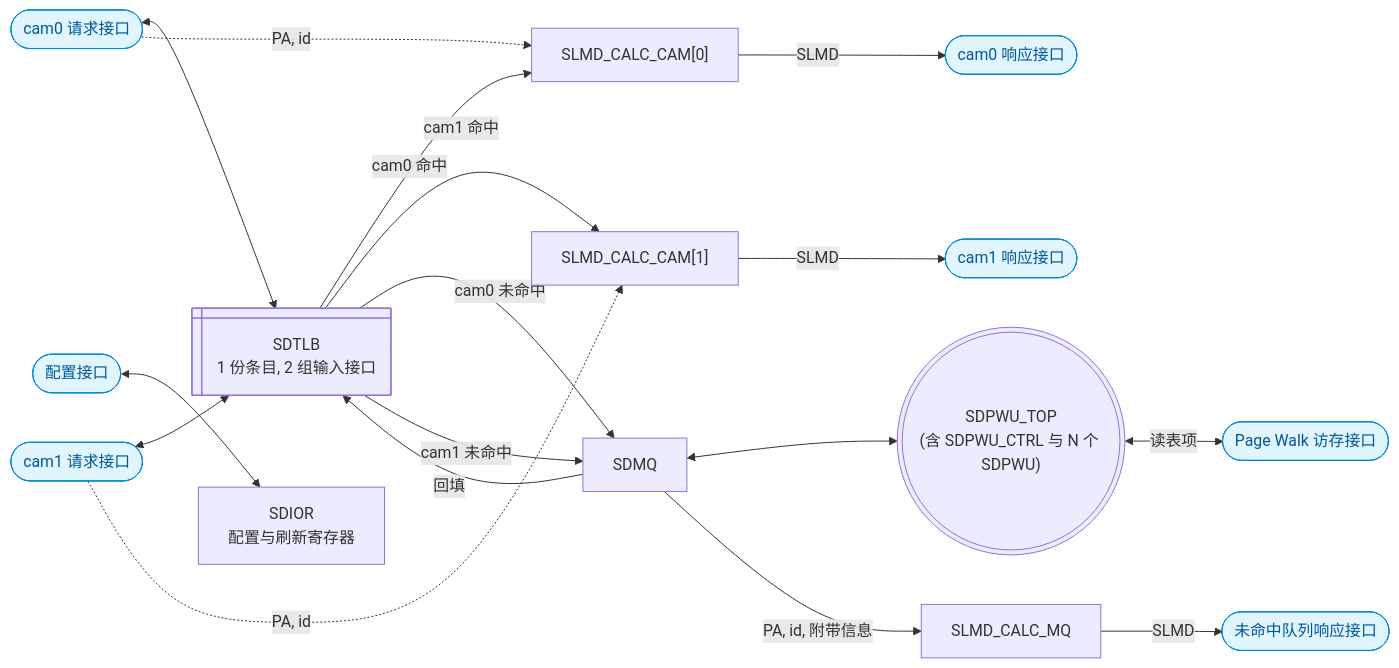
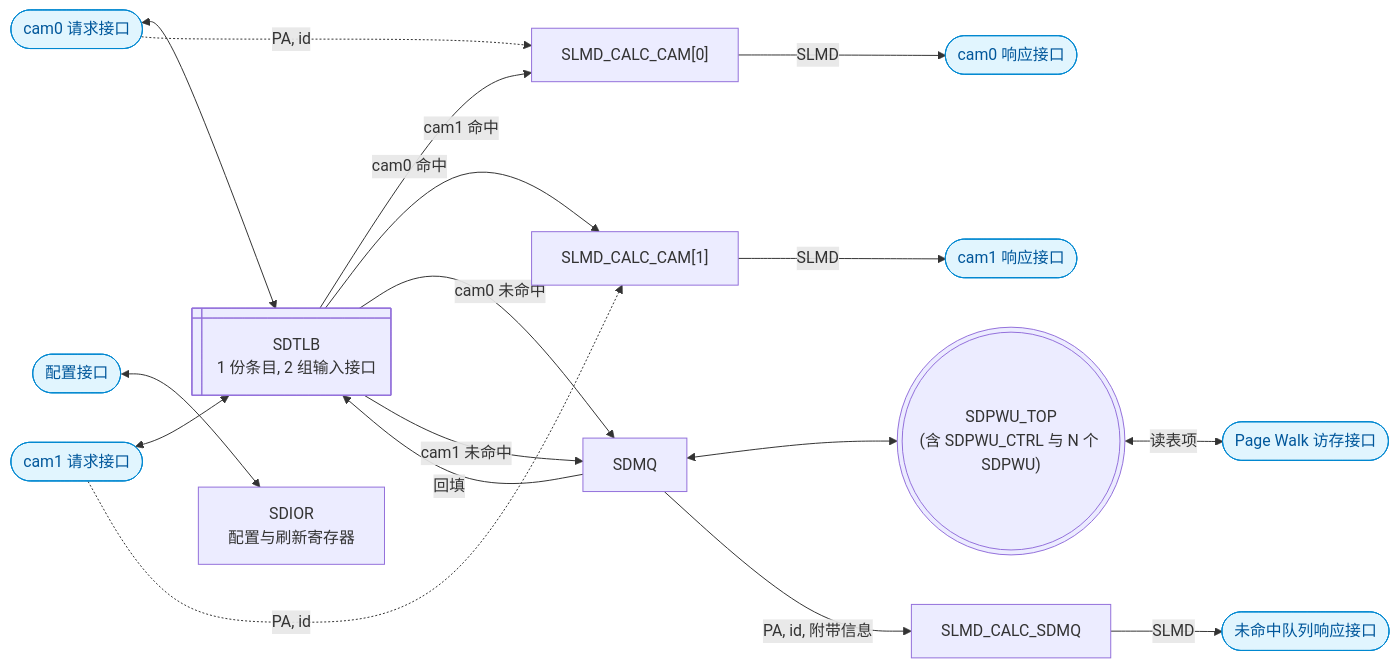
Before and after one commit to DuBirdFly/C1_SDecoder: the second of 8 diagrams in doc/design_plan/SDecoder 设计方案 v1.0.md, drawn with Mermaid. The commit also changed other lines of this file, not shown here.

First line of the commit message:
docs(design): SDMQ 内部结构图改为 Age Matrix / Age Selector 口径

````diff
--- a/doc/design_plan/SDecoder 设计方案 v1.0.md
+++ b/doc/design_plan/SDecoder 设计方案 v1.0.md
@@ -106,23 +106,23 @@
 ```mermaid
 flowchart LR
     TLB@{ shape: win-pane, label: "SDTLB<br/>1 份条目, 2 组输入接口" }
     REQ0(["cam0 请求接口"]) <--> TLB
     REQ1(["cam1 请求接口"]) <--> TLB
     REQ0 -.->|"PA, id"| CALC0
     REQ1 -.->|"PA, id"| CALC1
     TLB -->|"cam0 命中"| CALC0["SLMD_CALC_CAM[0]"]
     TLB -->|"cam1 命中"| CALC1["SLMD_CALC_CAM[1]"]
     TLB -->|"cam0 未命中"| SDMQ["SDMQ"]
     TLB -->|"cam1 未命中"| SDMQ
     SDMQ <--> SDPWU
     SDPWU@{ shape: dbl-circ, label: "SDPWU_TOP<br/>(含 SDPWU_CTRL 与 N 个 SDPWU)" }
     SDPWU <-->|"读表项"| TW(["Page Walk 访存接口"])
     SDMQ -->|"回填"| TLB
-    SDMQ -->|"PA, id, 附带信息"| CALC2["SLMD_CALC_MQ"]
+    SDMQ -->|"PA, id, 附带信息"| CALC2["SLMD_CALC_SDMQ"]
     CALC0 -->|"SLMD"| RSP0(["cam0 响应接口"])
     CALC1 -->|"SLMD"| RSP1(["cam1 响应接口"])
     CALC2 -->|"SLMD"| MQRSP(["未命中队列响应接口"])
     CFG(["配置接口"]) <--> SDIOR["SDIOR<br/>配置与刷新寄存器"]
     classDef iface fill:#e1f5fe,stroke:#0288d1,color:#01579b
     class REQ0,REQ1,TW,RSP0,RSP1,MQRSP,CFG iface
 ```
````
